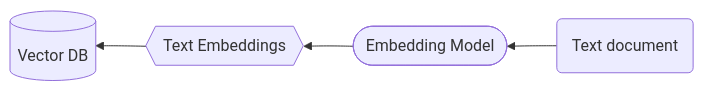
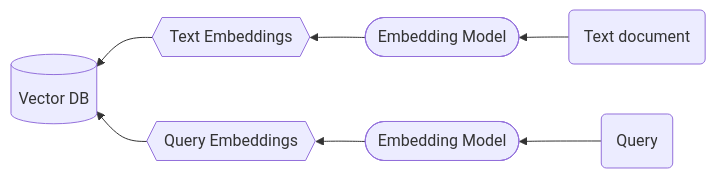
Before and after one commit to sariaslaso/query-engine-RAG: the diagram in README.md, drawn with Mermaid.

Commit message:
trying out mermaid

````diff
--- a/README.md
+++ b/README.md
@@ -5,6 +5,9 @@
 ```mermaid
 flowchart RL
 	id1(Text document) --> id2([Embedding Model]);
 	id2 --> id3@{ shape: hex, label: "Text Embeddings"};
 	id3 --> id4[(Vector DB)];
+	id5(Query) --> id6([Embedding Model]);
+	id6 --> id7@{ shape: hex, label: "Query Embeddings"};
+	id7 --> id4;
 ```
````
